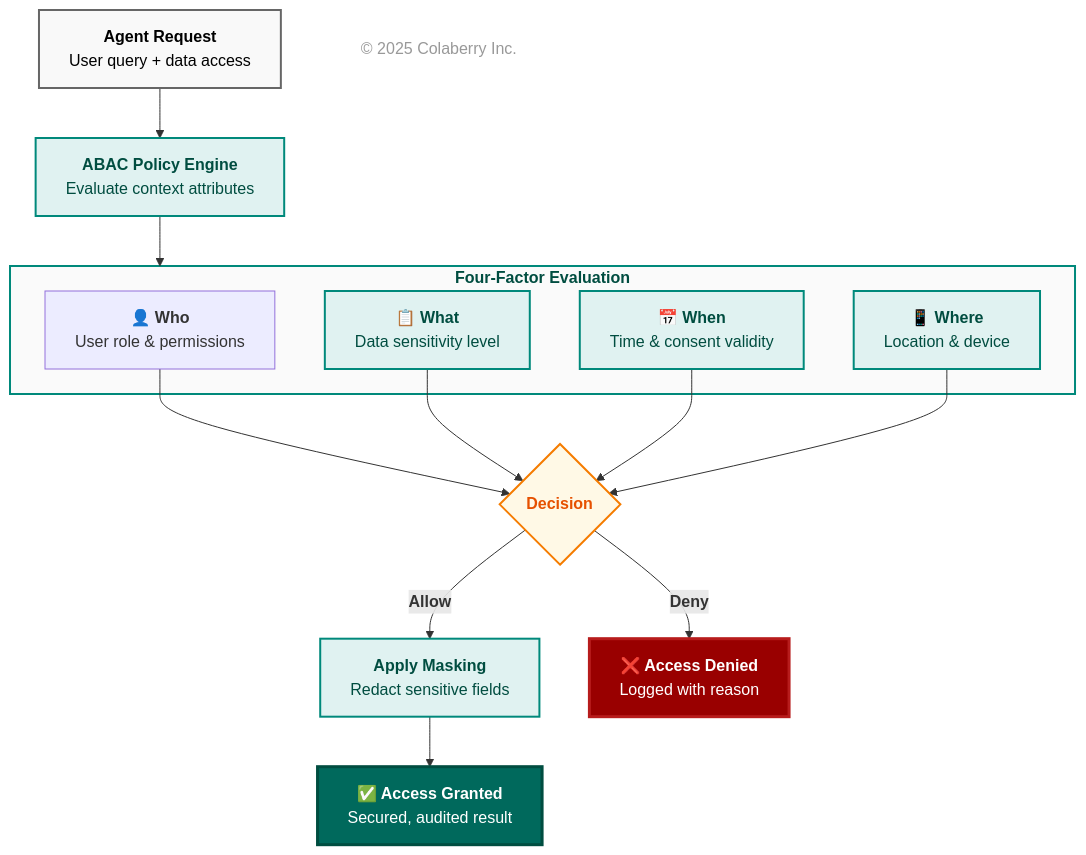
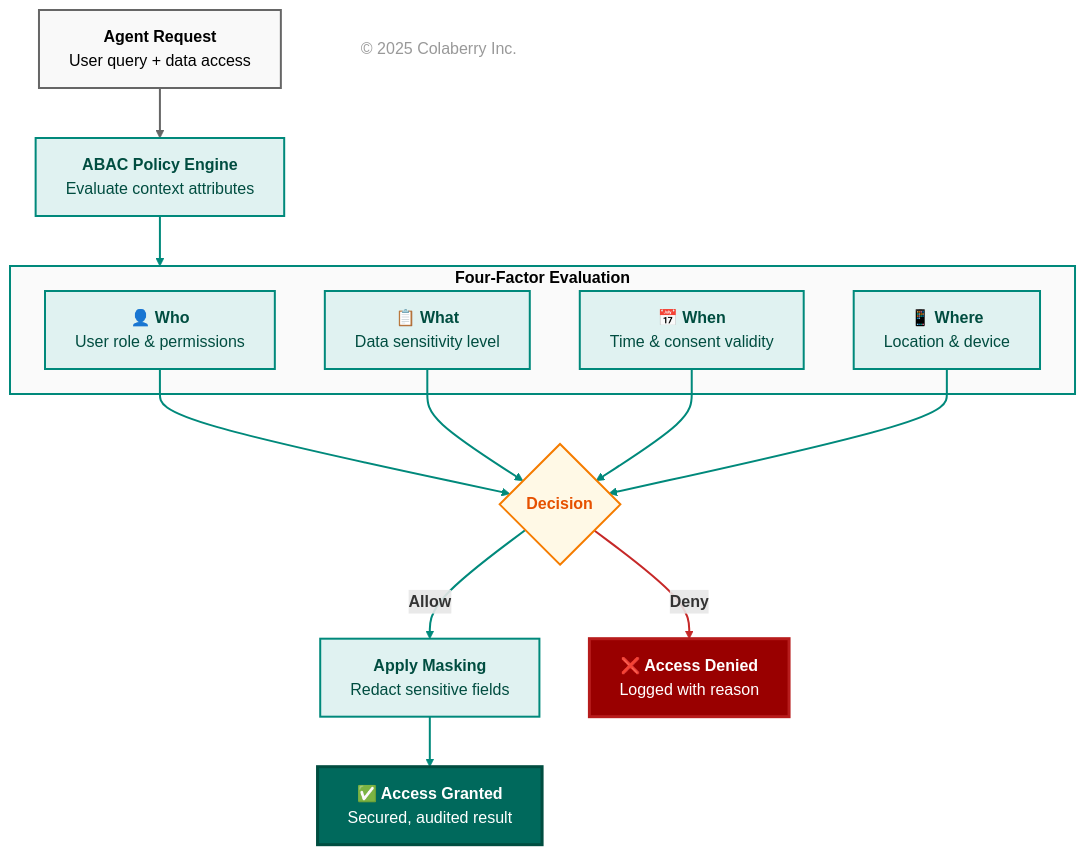
Before and after one commit to colaberry/enterprise-data-readiness-ai-agents: the ninth of 16 diagrams in chapter-01/chapter_1_complete.md, drawn with Mermaid. The commit also changed other lines of this file, not shown here.

````diff
--- a/chapter-01/chapter_1_complete.md
+++ b/chapter-01/chapter_1_complete.md
@@ -1326,47 +1395,59 @@
 ```mermaid
 graph TB
     REQ["<b>Agent Request</b><br/>User query + data access"]
     
     POL["<b>ABAC Policy Engine</b><br/>Evaluate context attributes"]
     
     subgraph eval["<b>Four-Factor Evaluation</b>"]
         WHO["<b>👤 Who</b><br/>User role & permissions"]
         WHAT["<b>📋 What</b><br/>Data sensitivity level"]
         WHEN["<b>📅 When</b><br/>Time & consent validity"]
         WHERE["<b>📱 Where</b><br/>Location & device"]
     end
     
     DEC{<b>Decision</b>}
     
     MASK["<b>Apply Masking</b><br/>Redact sensitive fields"]
     
     ALLOW["<b>✅ Access Granted</b><br/>Secured, audited result"]
     
     DENY["<b>❌ Access Denied</b><br/>Logged with reason"]
     
     REQ --> POL
     POL --> eval
     WHO --> DEC
     WHAT --> DEC
     WHEN --> DEC
     WHERE --> DEC
     DEC -->|"<b>Allow</b>"| MASK
     DEC -->|"<b>Deny</b>"| DENY
     MASK --> ALLOW
     
+    %% Link styling
+    linkStyle 0 stroke:#666666,stroke-width:2px
+    linkStyle 1 stroke:#00897b,stroke-width:2px
+    linkStyle 2 stroke:#00897b,stroke-width:2px
+    linkStyle 3 stroke:#00897b,stroke-width:2px
+    linkStyle 4 stroke:#00897b,stroke-width:2px
+    linkStyle 5 stroke:#00897b,stroke-width:2px
+    linkStyle 6 stroke:#00897b,stroke-width:2px
+    linkStyle 7 stroke:#c62828,stroke-width:2px
+    linkStyle 8 stroke:#00897b,stroke-width:2px
+    
     style REQ fill:#f9f9f9,stroke:#666666,stroke-width:2px,color:#000000
     style POL fill:#e0f2f1,stroke:#00897b,stroke-width:2px,color:#004d40
-    style eval fill:#fafafa,stroke:#00897b,stroke-width:2px,color:#000000    style WHO fill:#e0f2f1,stroke:#00897b,stroke-width:2px,color:#004d40
+    style eval fill:#fafafa,stroke:#00897b,stroke-width:2px,color:#000000
+    style WHO fill:#e0f2f1,stroke:#00897b,stroke-width:2px,color:#004d40
     style WHAT fill:#e0f2f1,stroke:#00897b,stroke-width:2px,color:#004d40
     style WHEN fill:#e0f2f1,stroke:#00897b,stroke-width:2px,color:#004d40
     style WHERE fill:#e0f2f1,stroke:#00897b,stroke-width:2px,color:#004d40
     style DEC fill:#fff9e6,stroke:#f57c00,stroke-width:2px,color:#e65100
     style MASK fill:#e0f2f1,stroke:#00897b,stroke-width:2px,color:#004d40
     style ALLOW fill:#00695c,color:#ffffff,stroke:#004d40,stroke-width:3px
 
     %% Copyright Notice
     CR["© 2025 Colaberry Inc."]
 
     style DENY fill:#990000,color:#ffffff,stroke:#b71c1c,stroke-width:3px
     style CR fill:none,stroke:none,color:#999999
 ```
````
